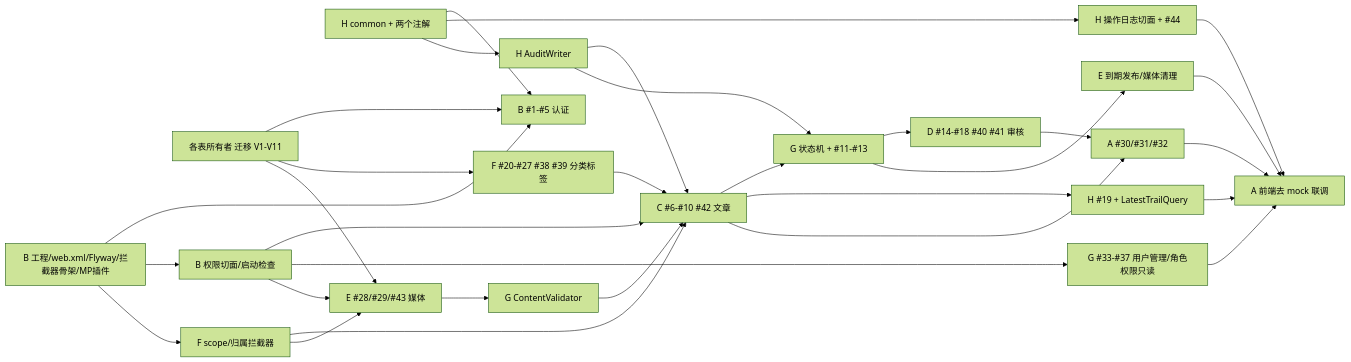
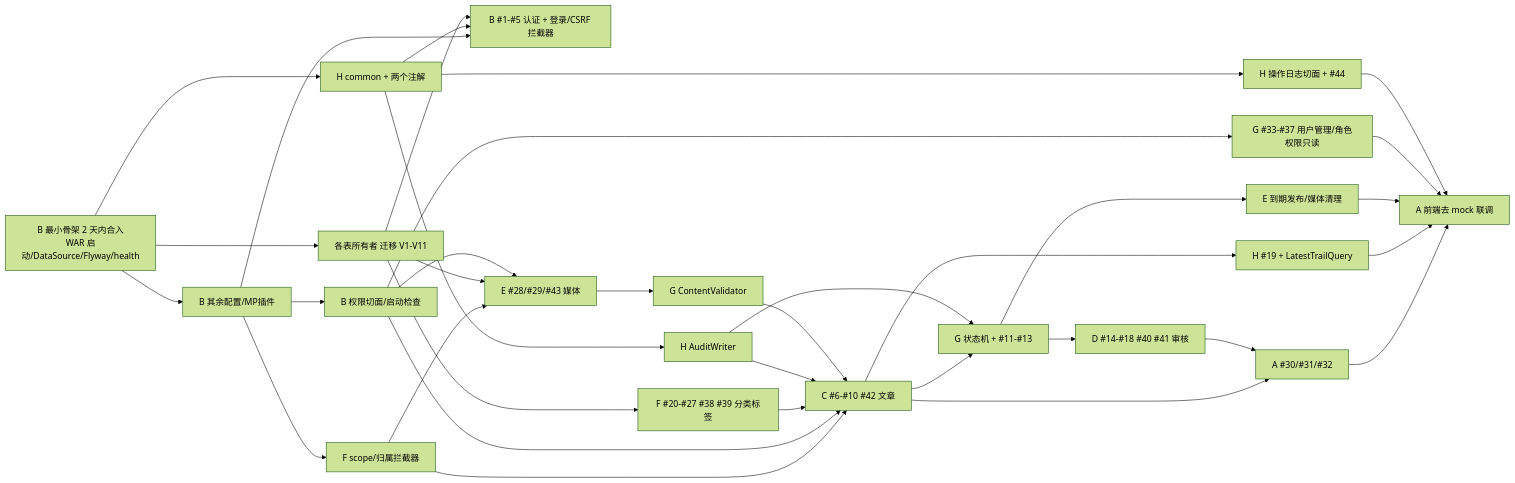
Before and after one commit to LIangZH-RT/CMS-TeamWork: the diagram in doc/context/team-division.md, drawn with Mermaid (forest theme). The commit also changed other lines of this file and 1 other file, not shown here.

````diff
--- a/doc/context/team-division.md
+++ b/doc/context/team-division.md
@@ -410,33 +412,36 @@
 ```mermaid
 graph LR
-  M0B[B 工程/web.xml/Flyway/拦截器骨架/MP插件] --> M1Auth[B #1-#5 认证]
+  M0S[B 最小骨架 2 天内合入<br/>WAR 启动/DataSource/Flyway/health] --> M0B[B 其余配置/MP插件]
+  M0S --> M0H
+  M0S --> M0Def
+  M0B --> M1Auth[B #1-#5 认证 + 登录/CSRF 拦截器]
   M0H[H common + 两个注解] --> M1Auth
   M0Def[各表所有者 迁移 V1-V11] --> M1Auth
   M0B --> Gate[B 权限切面/启动检查]
   M0B --> Scope[F scope/归属拦截器]
   Scope --> Art
   Scope --> Media
   M0H --> Oplog[H 操作日志切面 + #44]
   M0Def --> Tax[F #20-#27 #38 #39 分类标签]
   M0H --> AW[H AuditWriter]
   Gate --> Art[C #6-#10 #42 文章]
   Tax --> Art
   AW --> Art
   Gate --> User[G #33-#37 用户管理/角色权限只读]
   M0Def --> Media[E #28/#29/#43 媒体]
   Gate --> Media
   Media --> CV[G ContentValidator]
   CV --> Art
   Art --> SM[G 状态机 + #11-#13]
   AW --> SM
   SM --> Rev[D #14-#18 #40 #41 审核]
   SM --> Job[E 到期发布/媒体清理]
   Art --> Trail[H #19 + LatestTrailQuery]
   Art --> Pub[A #30/#31/#32]
   Rev --> Pub
   Pub --> FE[A 前端去 mock 联调]
   Trail --> FE
   Job --> FE
   User --> FE
   Oplog --> FE
 ```
````
